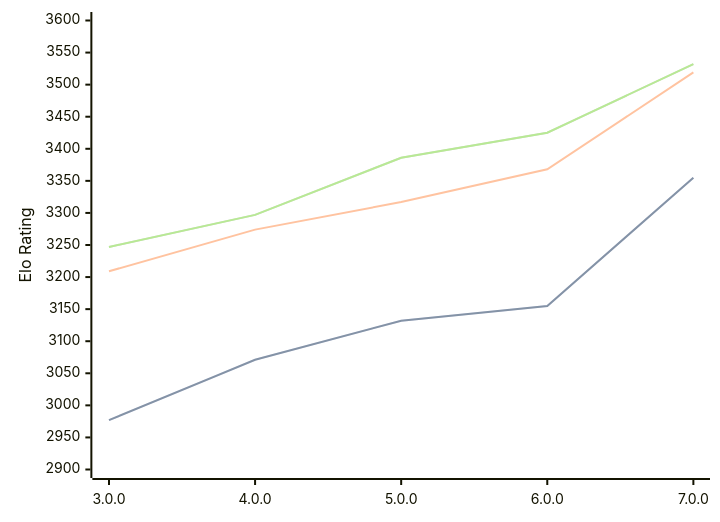
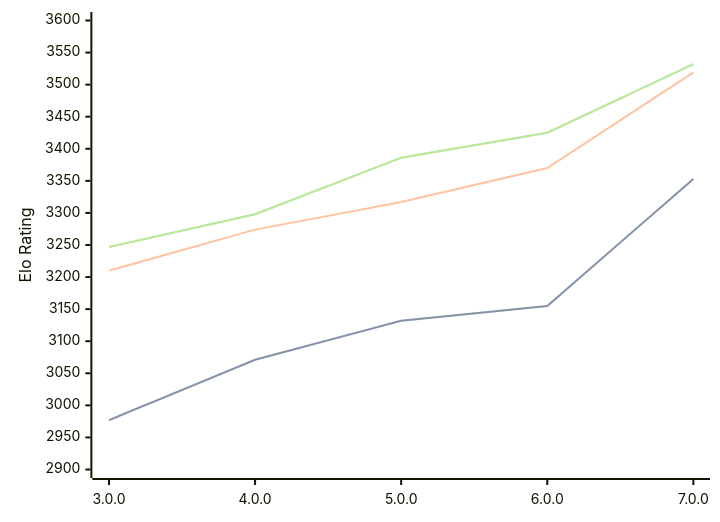
One commit to computer-chess-index/cci changed the diagram in engines/Minke.md. Above: the diagram before and after it, drawn with Mermaid. The commit also changed other lines of this file, not shown here.

Commit message:
Update CCI Ratings (ELO VLTC) - 2026-08-30

````diff
--- a/engines/Minke.md
+++ b/engines/Minke.md
@@ -35,11 +35,11 @@
 ```mermaid
 %%{init: {"theme":"base","themeVariables":{"seriesColors:['#a3a3a3','#222221','#faa371']}}}%%
 xychart-beta
   x-axis ["3.0.0", "4.0.0", "5.0.0", "6.0.0", "7.0.0"]
   y-axis "Elo Rating" 2900 --> 3600
-  line "" [2977, 3071, 3132, 3155, 3355]
-  line "STC (8.0+0.08s)" [2977, 3071, 3132, 3155, 3355]
-  line "LTC (60.0+0.60s)" [3209, 3274, 3317, 3368, 3519]
-  line "" [3247, 3297, 3386, 3425, 3532]
-  line "VLTC (2m24s+1.12s)" [3247, 3297, 3386, 3425, 3532]
+  line "" [2977, 3071, 3132, 3155, 3353]
+  line "STC (8.0+0.08s)" [2977, 3071, 3132, 3155, 3353]
+  line "LTC (60.0+0.60s)" [3210, 3274, 3317, 3370, 3519]
+  line "" [3247, 3298, 3386, 3425, 3532]
+  line "VLTC (2m24s+1.12s)" [3247, 3298, 3386, 3425, 3532]
 ```
````
